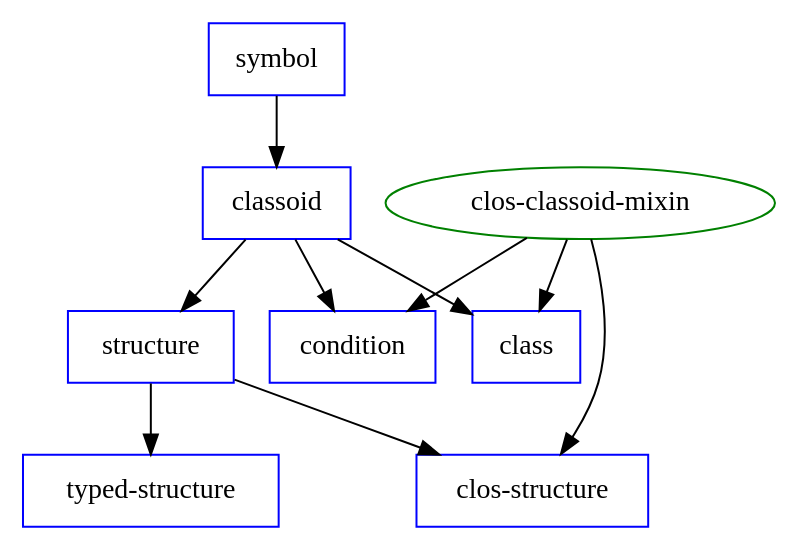
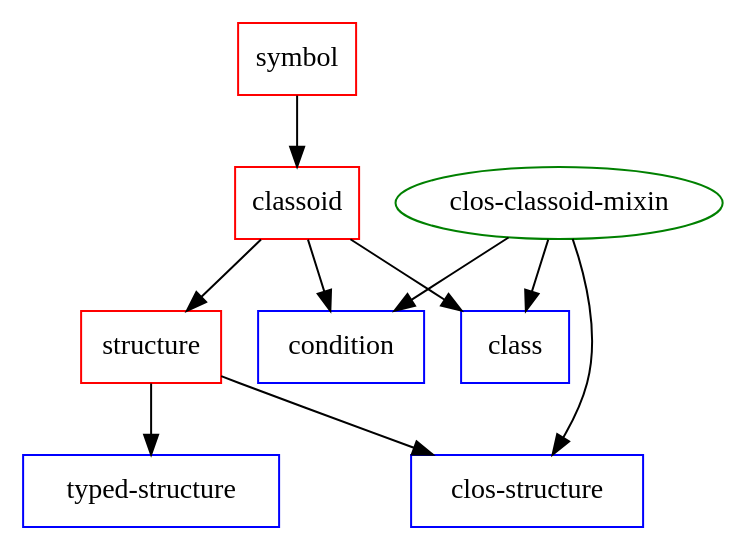
Before and after one commit to didierverna/declt: the diagram in doc/classoids.dot, drawn with Graphviz. The commit also changed 6 other files, not shown here.

```diff
--- a/doc/classoids.dot
+++ b/doc/classoids.dot
@@ -1,23 +1,17 @@
 strict digraph
 {
   rankdir = TD;
   node [ shape = box color = blue ]
 
-  { rank = same "condition" "class" "structure" }
-  { rank = same "clos-structure" "typed-structure" }
+  symbol    [ color = red fontname = "times bold" ]
+  classoid  [ color = red fontname = "times bold" ]
+  structure [ color = red fontname = "times bold" ]
 
-  "clos-classoid-mixin" [ shape = ellipse color = green ]
+  symbol -> classoid -> { structure condition class }
 
-  "symbol" -> "classoid";
+  structure -> { "typed-structure" "clos-structure" }
 
-  "classoid" -> "condition";
-  "classoid" -> "class";
-
-  "classoid" -> "structure";
-  "structure" -> "clos-structure";
-  "structure" -> "typed-structure";
-
-  "clos-classoid-mixin" -> "condition";
-  "clos-classoid-mixin" -> "class";
-  "clos-classoid-mixin" -> "clos-structure";
+  "clos-classoid-mixin"
+  [ shape = ellipse color = green fontname = "times bold" ]
+  "clos-classoid-mixin" -> { condition class "clos-structure" }
 }
```
